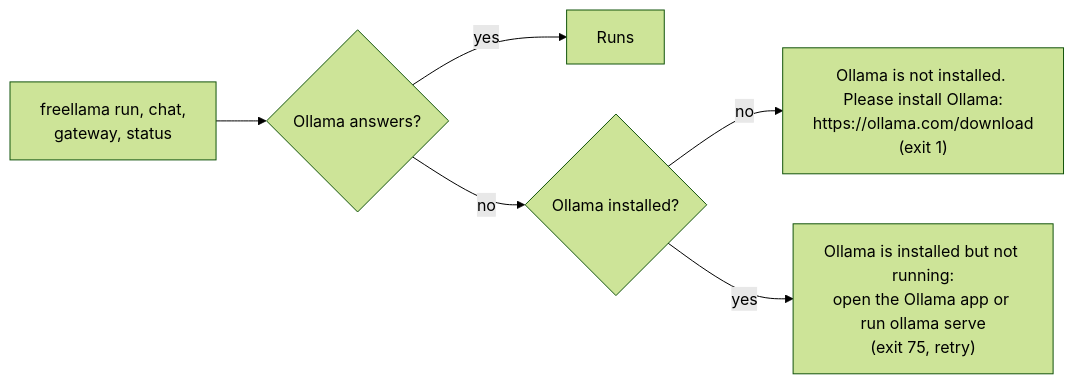
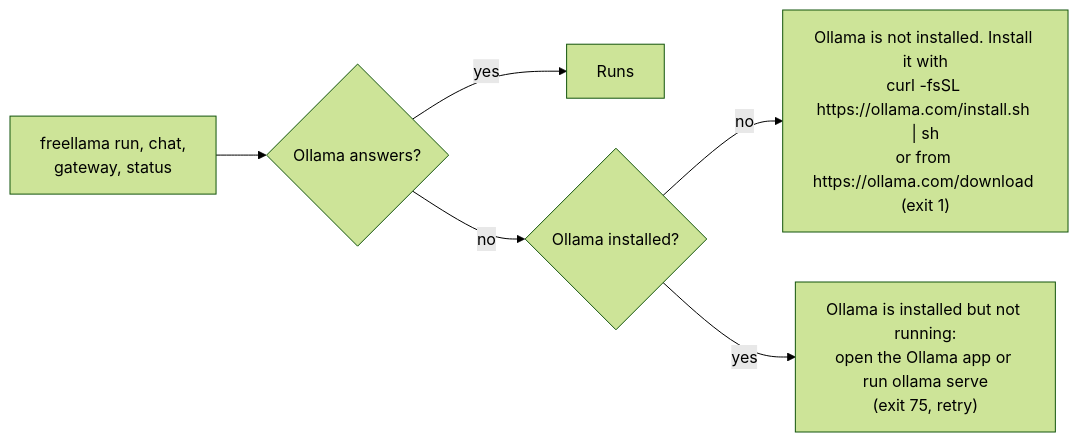
The third of 5 diagrams in README.md (bgauryy/FreeLlama), drawn with Mermaid (forest theme) before and after one commit. The commit also changed other lines of this file and 112 other files, not shown here.

````diff
--- a/README.md
+++ b/README.md
@@ -97,8 +106,8 @@
 ```mermaid
 flowchart LR
     cmd["freellama run, chat,<br/>gateway, status"] --> up{"Ollama answers?"}
     up -->|yes| go["Runs"]
     up -->|no| inst{"Ollama installed?"}
-    inst -->|no| m["Ollama is not installed. Please install Ollama:<br/>https://ollama.com/download<br/>(exit 1)"]
+    inst -->|no| m["Ollama is not installed. Install it with<br/>curl -fsSL https://ollama.com/install.sh #124; sh<br/>or from https://ollama.com/download (exit 1)"]
     inst -->|yes| st["Ollama is installed but not running:<br/>open the Ollama app or run ollama serve<br/>(exit 75, retry)"]
 ```
````
